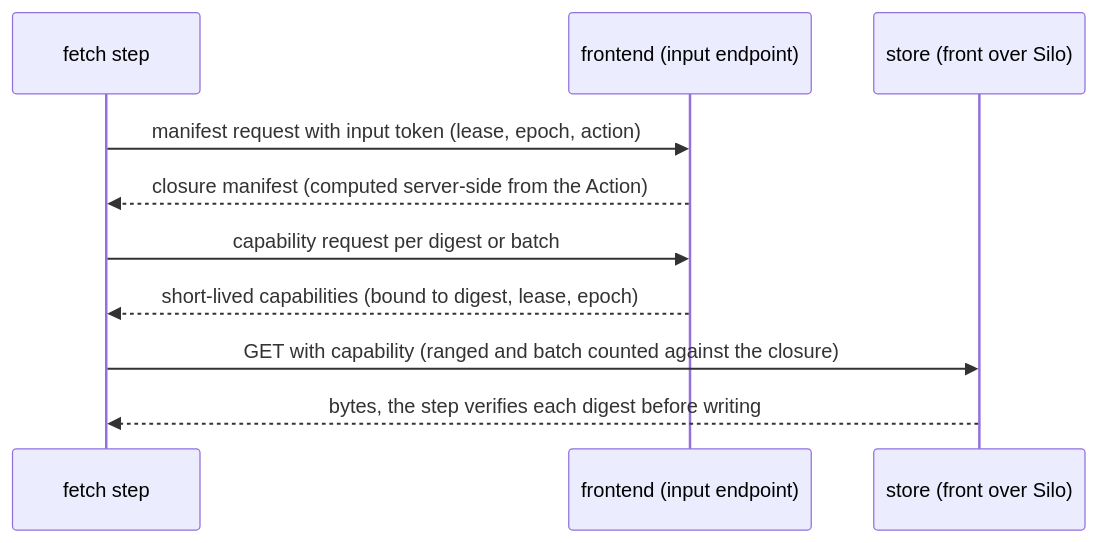
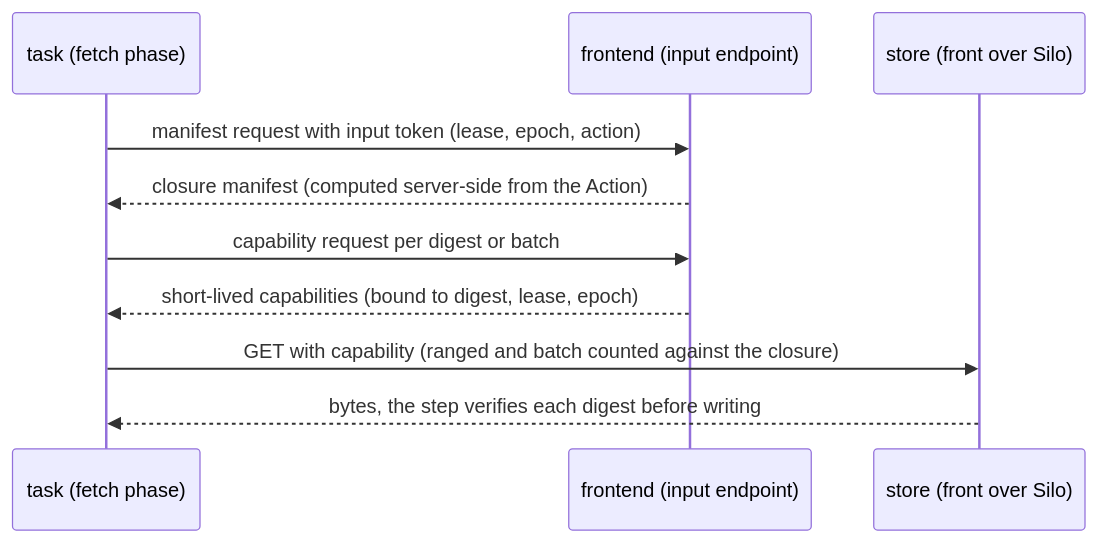
The seventh of 14 diagrams in docs/design/kbf-on-js-agent.md (komira-ai/jobscheduler), drawn with Mermaid before and after one commit. The commit also changed other lines of this file and 2 other files, not shown here.

````diff
--- a/docs/design/kbf-on-js-agent.md
+++ b/docs/design/kbf-on-js-agent.md
@@ -417,12 +420,12 @@
 ```mermaid
 sequenceDiagram
-  participant X as fetch step
+  participant X as task (fetch phase)
   participant F as frontend (input endpoint)
   participant O as store (front over Silo)
   X->>F: manifest request with input token (lease, epoch, action)
   F-->>X: closure manifest (computed server-side from the Action)
   X->>F: capability request per digest or batch
   F-->>X: short-lived capabilities (bound to digest, lease, epoch)
   X->>O: GET with capability (ranged and batch counted against the closure)
   O-->>X: bytes, the step verifies each digest before writing
 ```
````
